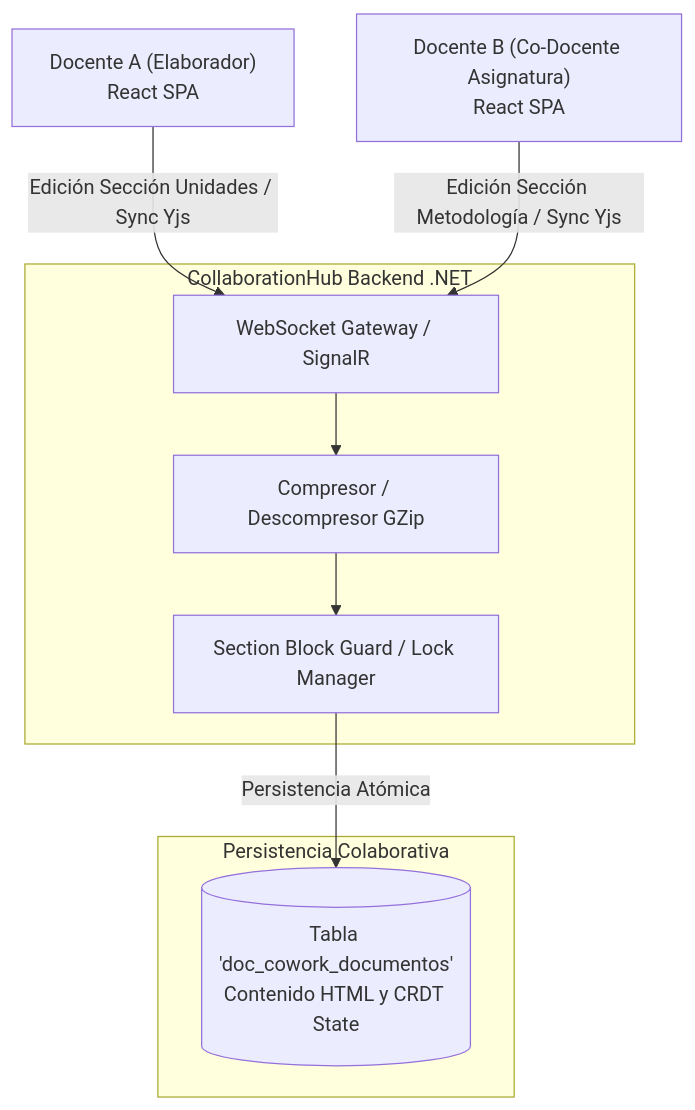
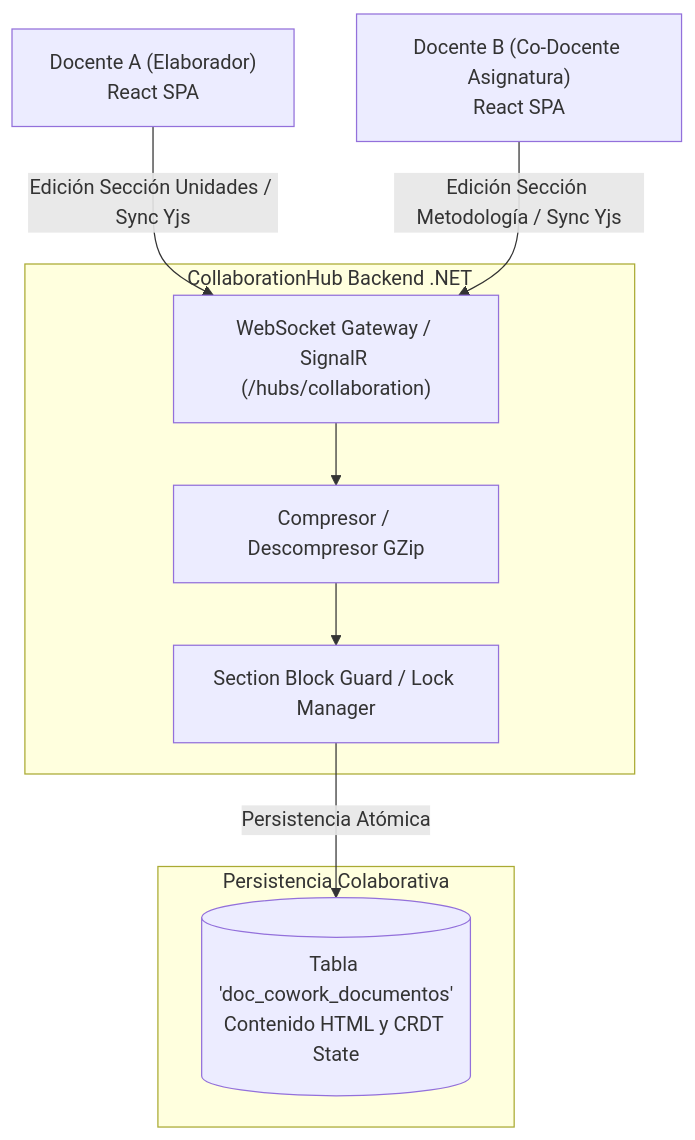
Before and after one commit to JorgeDoicela/dosier: the fifth of 5 diagrams in docs/documentacion/01-arquitectura/02-micro-arquitecturas-patrones.md, drawn with Mermaid. The commit also changed other lines of this file and 35 other files, not shown here.

````diff
--- a/docs/documentacion/01-arquitectura/02-micro-arquitecturas-patrones.md
+++ b/docs/documentacion/01-arquitectura/02-micro-arquitecturas-patrones.md
@@ -140,22 +144,22 @@
 ```mermaid
 graph TD
     UserA["Docente A (Elaborador)\nReact SPA"]
     UserB["Docente B (Co-Docente Asignatura)\nReact SPA"]
 
     subgraph SignalRHub [CollaborationHub Backend .NET]
-        WsGateway["WebSocket Gateway / SignalR"]
+        WsGateway["WebSocket Gateway / SignalR (/hubs/collaboration)"]
         GZipFilter["Compresor / Descompresor GZip"]
         LockManager["Section Block Guard / Lock Manager"]
     end
 
     subgraph PersistenciaCoWork [Persistencia Colaborativa]
         DocCoworkDB[("Tabla 'doc_cowork_documentos'\nContenido HTML y CRDT State")]
     end
 
     UserA -->|Edición Sección Unidades / Sync Yjs| WsGateway
     UserB -->|Edición Sección Metodología / Sync Yjs| WsGateway
 
     WsGateway --> GZipFilter
     GZipFilter --> LockManager
     LockManager -->|Persistencia Atómica| DocCoworkDB
 ```
````
